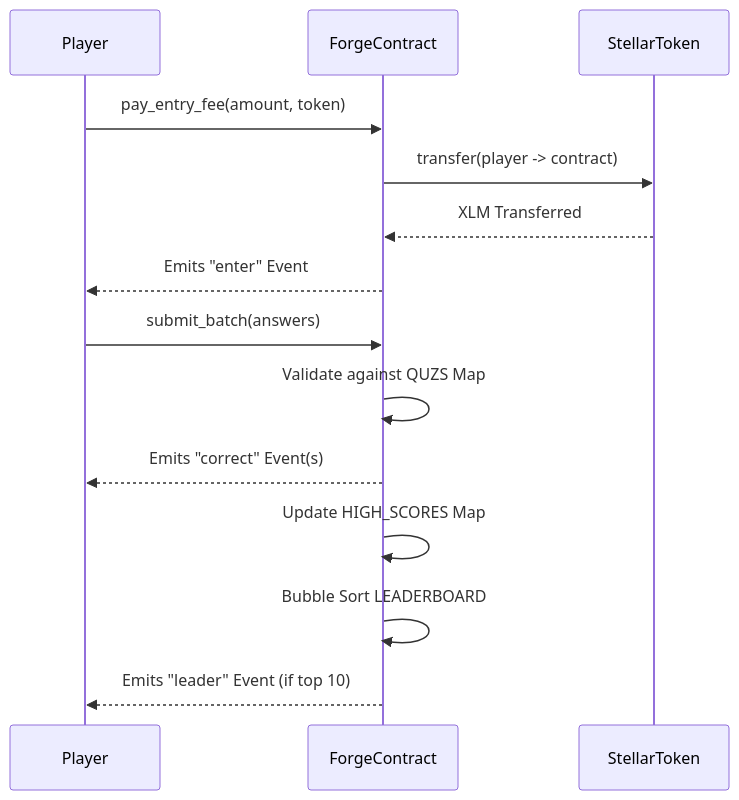
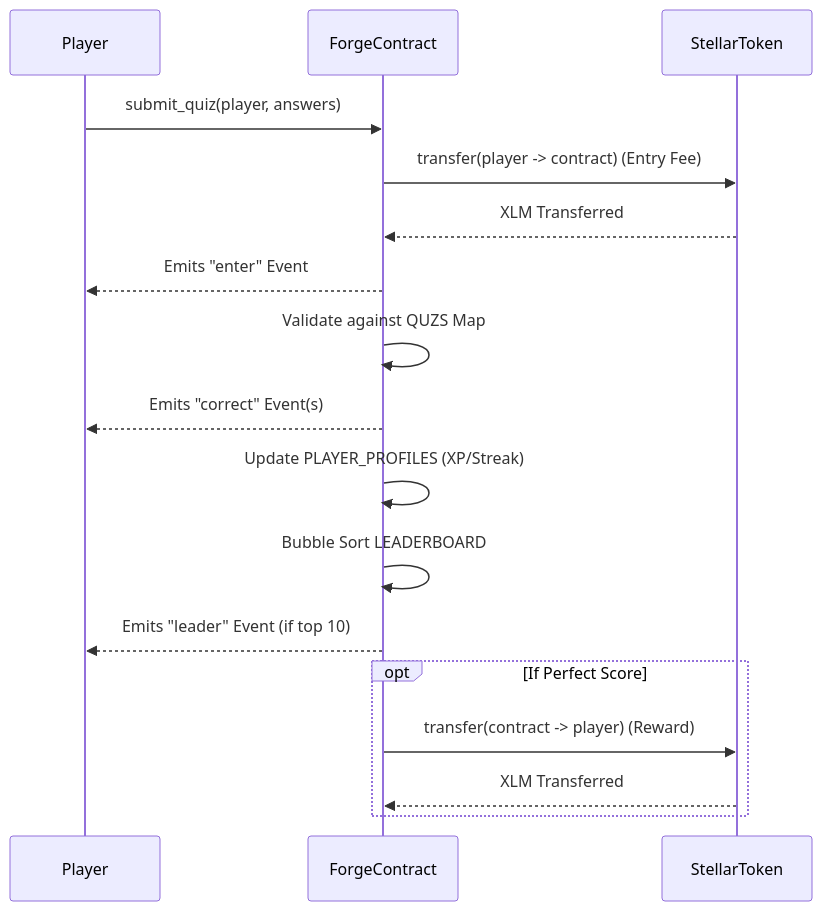
The second of 2 diagrams in README.md (bapidas777/IRONCLAD-QUEST-STELLAR), drawn with Mermaid before and after one commit. The commit also changed other lines of this file, not shown here.

Commit message:
docs(README): update contract architectural flow and commit count

````diff
--- a/README.md
+++ b/README.md
@@ -204,19 +204,23 @@
 ```mermaid
 sequenceDiagram
     participant Player
     participant ForgeContract
     participant StellarToken
     
-    Player->>ForgeContract: pay_entry_fee(amount, token)
-    ForgeContract->>StellarToken: transfer(player -> contract)
+    Player->>ForgeContract: submit_quiz(player, answers)
+    ForgeContract->>StellarToken: transfer(player -> contract) (Entry Fee)
     StellarToken-->>ForgeContract: XLM Transferred
     ForgeContract-->>Player: Emits "enter" Event
     
-    Player->>ForgeContract: submit_batch(answers)
     ForgeContract->>ForgeContract: Validate against QUZS Map
     ForgeContract-->>Player: Emits "correct" Event(s)
     
-    ForgeContract->>ForgeContract: Update HIGH_SCORES Map
+    ForgeContract->>ForgeContract: Update PLAYER_PROFILES (XP/Streak)
     ForgeContract->>ForgeContract: Bubble Sort LEADERBOARD
     ForgeContract-->>Player: Emits "leader" Event (if top 10)
+    
+    opt If Perfect Score
+        ForgeContract->>StellarToken: transfer(contract -> player) (Reward)
+        StellarToken-->>ForgeContract: XLM Transferred
+    end
 ```
````
